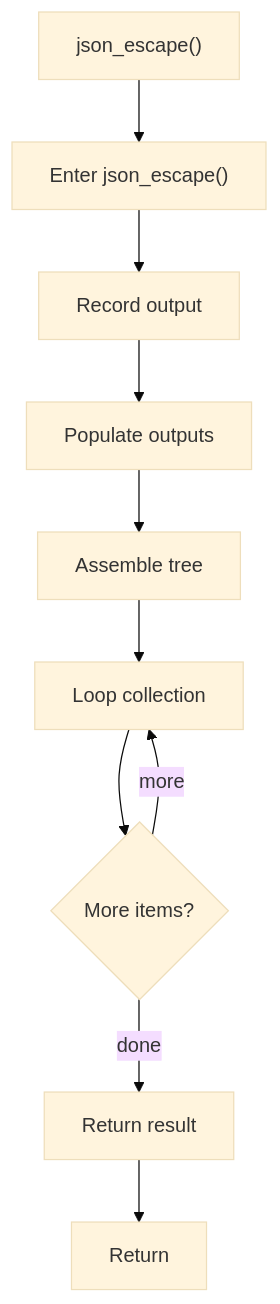
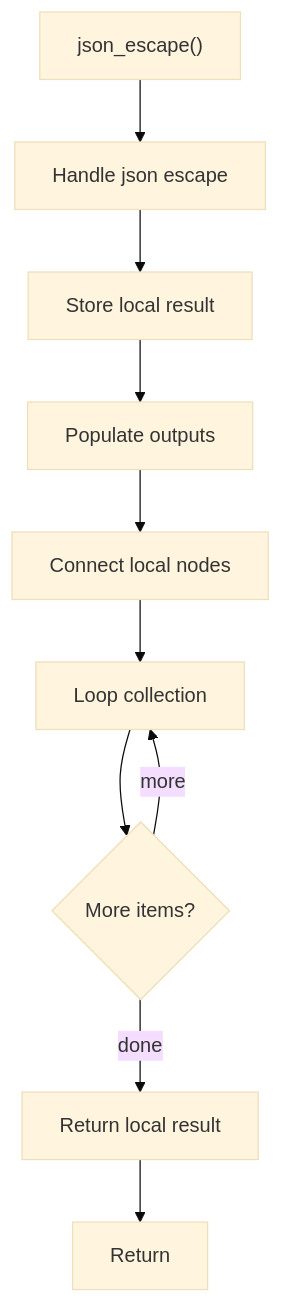
One commit to JohnAndrewBalbarosa/NeoTerritory changed the diagram in docs/Codebase/Microservice/Modules/Source/OutputGeneration/Report/json_escape.cpp.md. Above: the diagram before and after it, drawn with Mermaid (base theme). The commit also changed other lines of this file and 915 other files, not shown here.

````diff
--- a/docs/Codebase/Microservice/Modules/Source/OutputGeneration/Report/json_escape.cpp.md
+++ b/docs/Codebase/Microservice/Modules/Source/OutputGeneration/Report/json_escape.cpp.md
@@ -20,21 +20,21 @@
 ```mermaid
 flowchart TD
     Start["json_escape()"]
-    N0["Enter json_escape()"]
-    N1["Record output"]
+    N0["Handle json escape"]
+    N1["Store local result"]
     N2["Populate outputs"]
-    N3["Assemble tree"]
+    N3["Connect local nodes"]
     N4["Loop collection"]
     L4{"More items?"}
-    N5["Return result"]
+    N5["Return local result"]
     End["Return"]
     Start --> N0
     N0 --> N1
     N1 --> N2
     N2 --> N3
     N3 --> N4
     N4 --> L4
     L4 -->|more| N4
     L4 -->|done| N5
     N5 --> End
 ```
````
